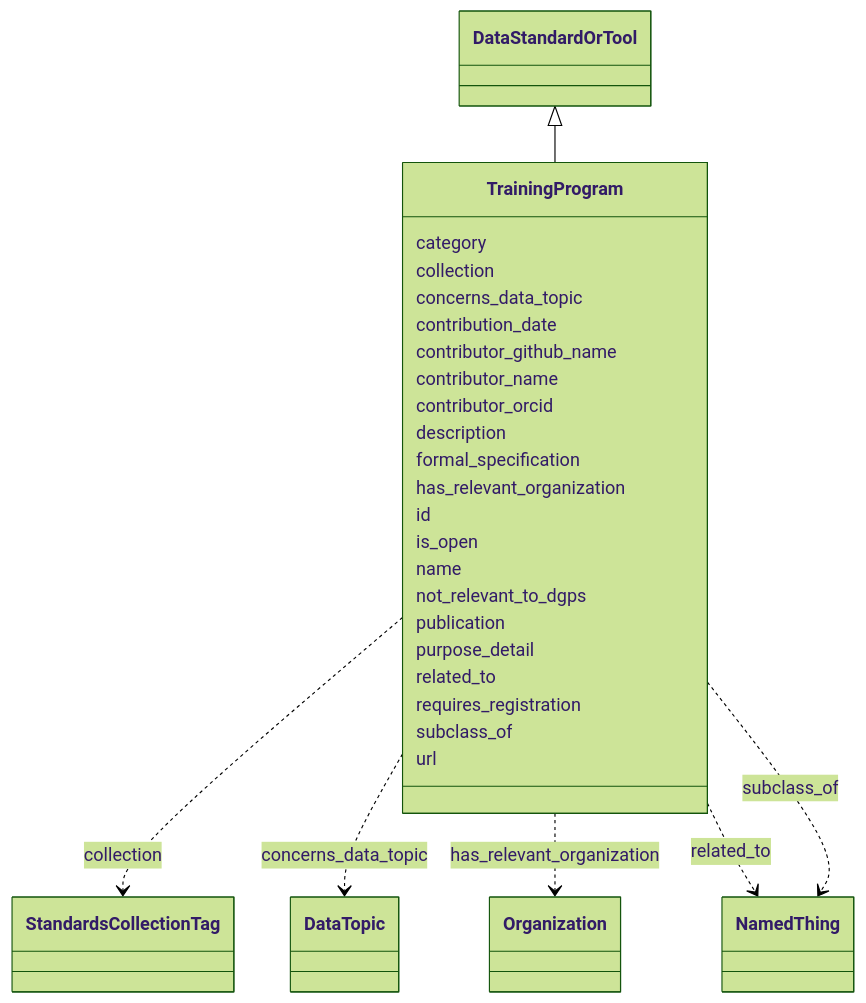
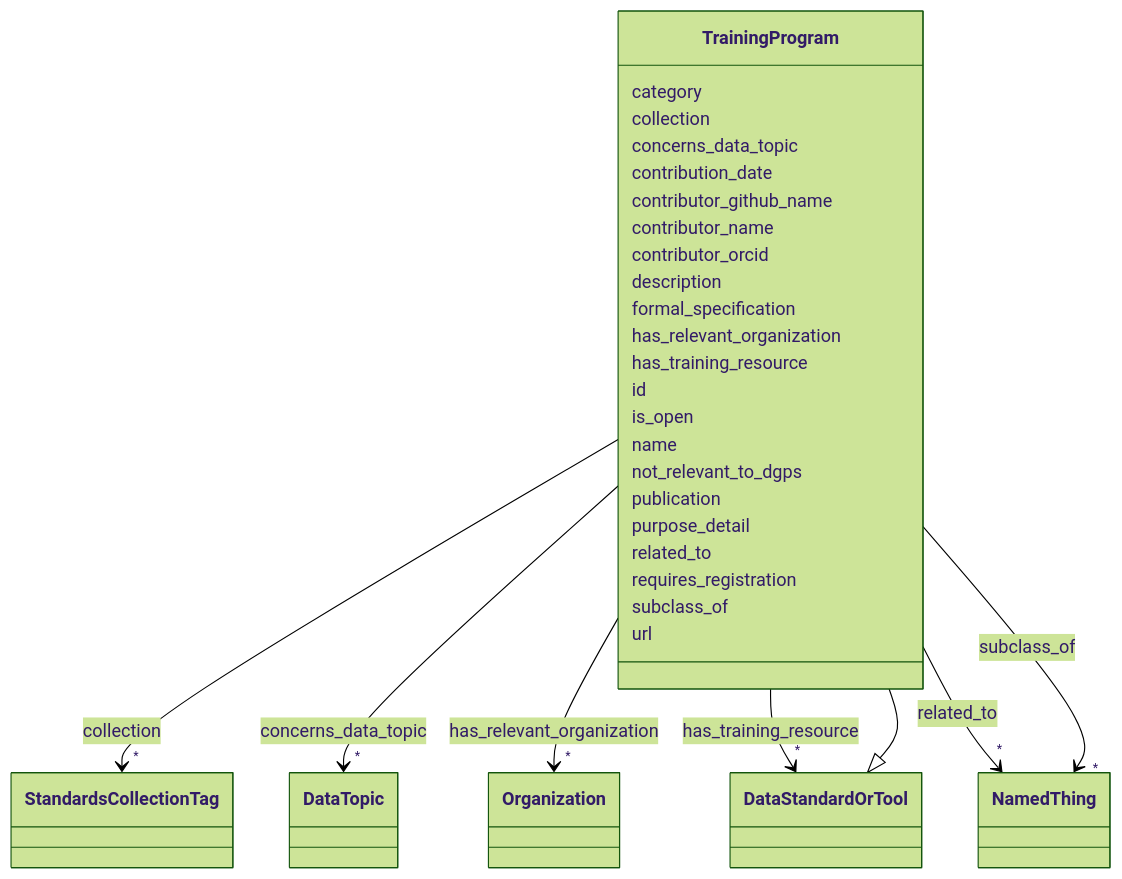
The diagram in docs/TrainingProgram.md (bridge2ai/standards-schemas), drawn with Mermaid (forest theme) before and after one commit. The commit also changed other lines of this file and 212 other files, not shown here.

````diff
--- a/docs/TrainingProgram.md
+++ b/docs/TrainingProgram.md
@@ -11,17 +19,29 @@
 ```mermaid
  classDiagram
     class TrainingProgram
+    click TrainingProgram href "../TrainingProgram"
       DataStandardOrTool <|-- TrainingProgram
+        click DataStandardOrTool href "../DataStandardOrTool"
       
       TrainingProgram : category
         
       TrainingProgram : collection
         
-          TrainingProgram ..> StandardsCollectionTag : collection
+          
+    
+    
+    TrainingProgram --> "*" StandardsCollectionTag : collection
+    click StandardsCollectionTag href "../StandardsCollectionTag"
+
         
       TrainingProgram : concerns_data_topic
         
-          TrainingProgram ..> DataTopic : concerns_data_topic
+          
+    
+    
+    TrainingProgram --> "*" DataTopic : concerns_data_topic
+    click DataTopic href "../DataTopic"
+
         
       TrainingProgram : contribution_date
         
@@ -37,7 +57,21 @@
         
       TrainingProgram : has_relevant_organization
         
-          TrainingProgram ..> Organization : has_relevant_organization
+          
+    
+    
+    TrainingProgram --> "*" Organization : has_relevant_organization
+    click Organization href "../Organization"
+
+        
+      TrainingProgram : has_training_resource
+        
+          
+    
+    
+    TrainingProgram --> "*" DataStandardOrTool : has_training_resource
+    click DataStandardOrTool href "../DataStandardOrTool"
+
         
       TrainingProgram : id
         
@@ -53,13 +87,23 @@
         
       TrainingProgram : related_to
         
-          TrainingProgram ..> NamedThing : related_to
+          
+    
+    
+    TrainingProgram --> "*" NamedThing : related_to
+    click NamedThing href "../NamedThing"
+
         
       TrainingProgram : requires_registration
         
       TrainingProgram : subclass_of
         
-          TrainingProgram ..> NamedThing : subclass_of
+          
+    
+    
+    TrainingProgram --> "*" NamedThing : subclass_of
+    click NamedThing href "../NamedThing"
+
         
       TrainingProgram : url
         
````
